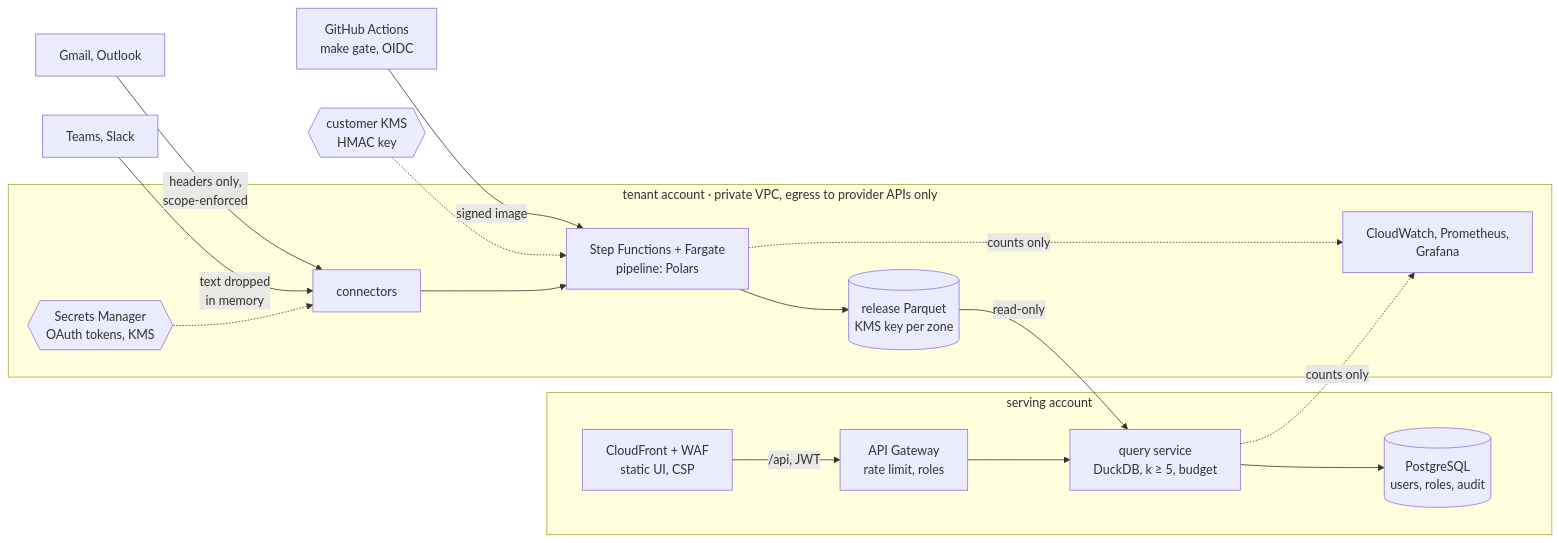
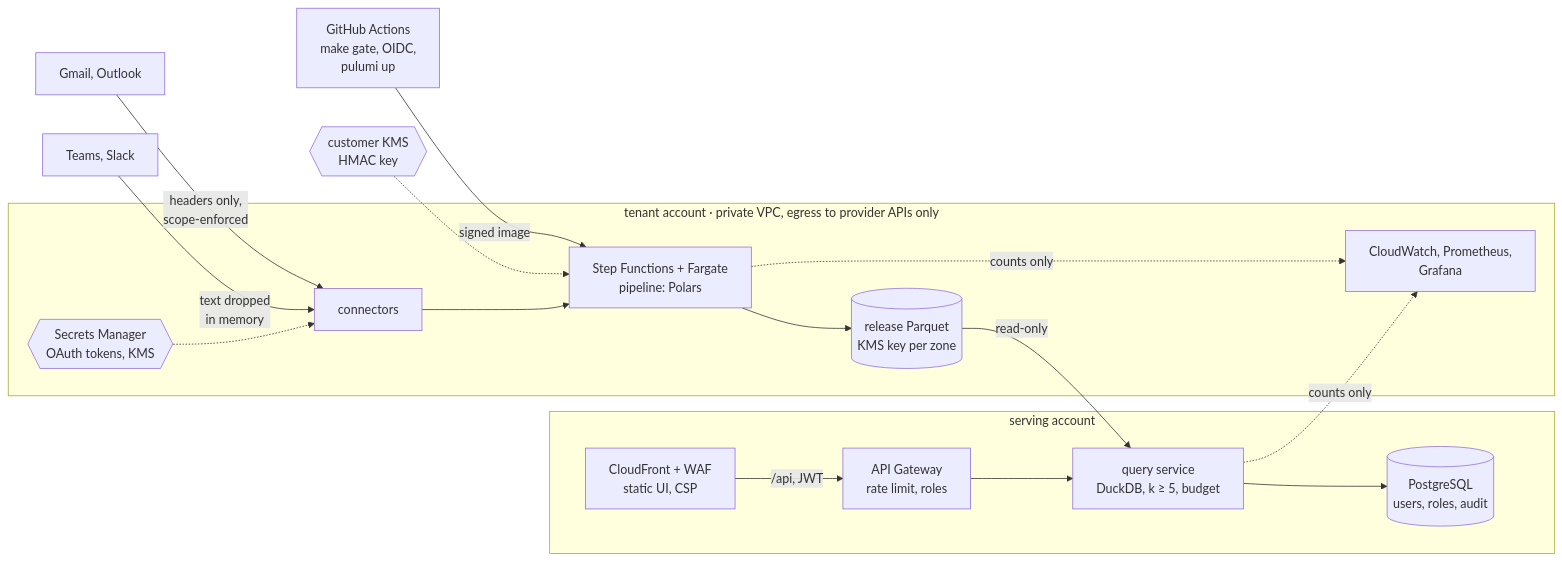
Before and after one commit to marcusvieira88/network-science: the third of 3 diagrams in README.md, drawn with Mermaid. The commit also changed other lines of this file and 2 other files, not shown here.

Commit message:
Docs: write the AWS infrastructure as code with Pulumi in Python
Replace Terraform with Pulumi in docs/deployment-aws.md (component
resources, stacks per environment and tenant, KMS-encrypted S3 state,
config secrets, CrossGuard, pytest with mocks, IAM from zones.ALLOWED,
preview on PRs and up on merge via OIDC); state it in README step 5.

````diff
--- a/README.md
+++ b/README.md
@@ -195,18 +195,18 @@
 ```mermaid
 flowchart LR
     MAIL["Gmail, Outlook"] -->|"headers only,<br/>scope-enforced"| CON
     CHAT["Teams, Slack"] -->|"text dropped<br/>in memory"| CON
-    CI["GitHub Actions<br/>make gate, OIDC"] -->|signed image| SFN
+    CI["GitHub Actions<br/>make gate, OIDC,<br/>pulumi up"] -->|signed image| SFN
     KMS{{"customer KMS<br/>HMAC key"}} -.-> SFN
     subgraph W["tenant account · private VPC, egress to provider APIs only"]
         SM{{"Secrets Manager<br/>OAuth tokens, KMS"}} -.-> CON["connectors"]
         CON --> SFN["Step Functions + Fargate<br/>pipeline: Polars"] --> REL[("release Parquet<br/>KMS key per zone")]
         OBS["CloudWatch, Prometheus,<br/>Grafana"]
     end
     subgraph SV["serving account"]
         CF["CloudFront + WAF<br/>static UI, CSP"] -->|"/api, JWT"| API["API Gateway<br/>rate limit, roles"] --> Q["query service<br/>DuckDB, k ≥ 5, budget"]
         Q --> PG[("PostgreSQL<br/>users, roles, audit")]
     end
     REL -->|read-only| Q
     SFN & Q -.->|counts only| OBS
 ```
````
